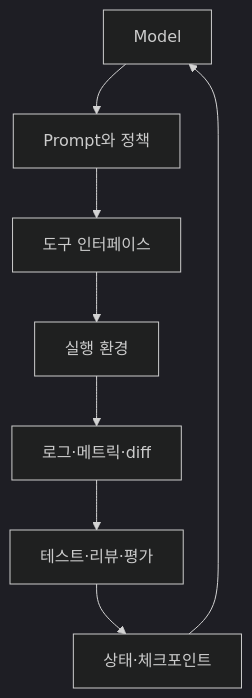
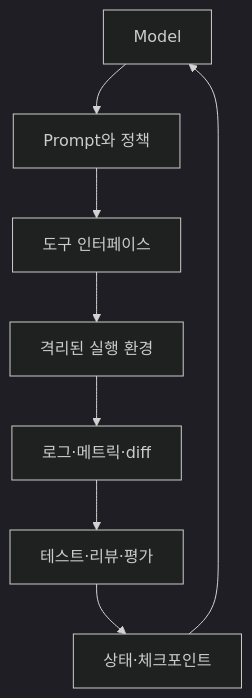
The second of 11 diagrams in docs/ai-agent-systems/harness-engineering-codex-hermes-orchestra.md (yjs000/wiki), drawn with Mermaid (dark theme) before and after one commit. The commit also changed other lines of this file and 6 other files, not shown here.

````diff
--- a/docs/ai-agent-systems/harness-engineering-codex-hermes-orchestra.md
+++ b/docs/ai-agent-systems/harness-engineering-codex-hermes-orchestra.md
@@ -149,10 +135,10 @@
 ```mermaid
 flowchart TB
     M[Model] --> P[Prompt와 정책]
     P --> T[도구 인터페이스]
-    T --> E[실행 환경]
+    T --> E[격리된 실행 환경]
     E --> O[로그·메트릭·diff]
     O --> V[테스트·리뷰·평가]
     V --> S[상태·체크포인트]
     S --> M
 ```
````
